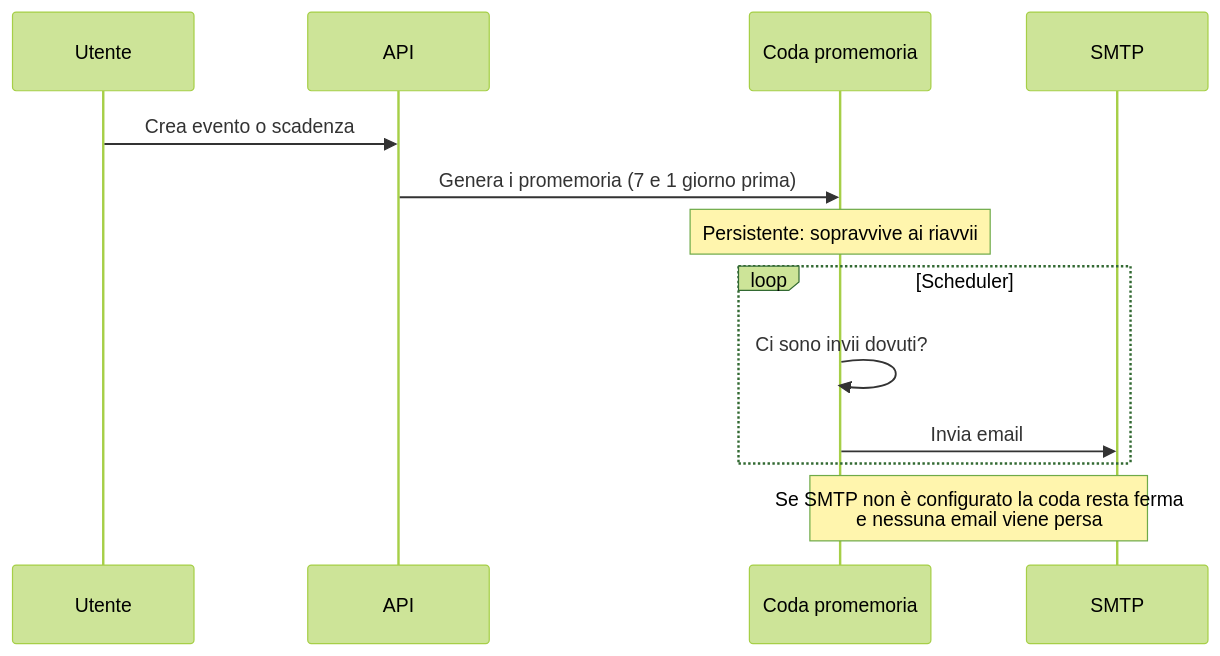
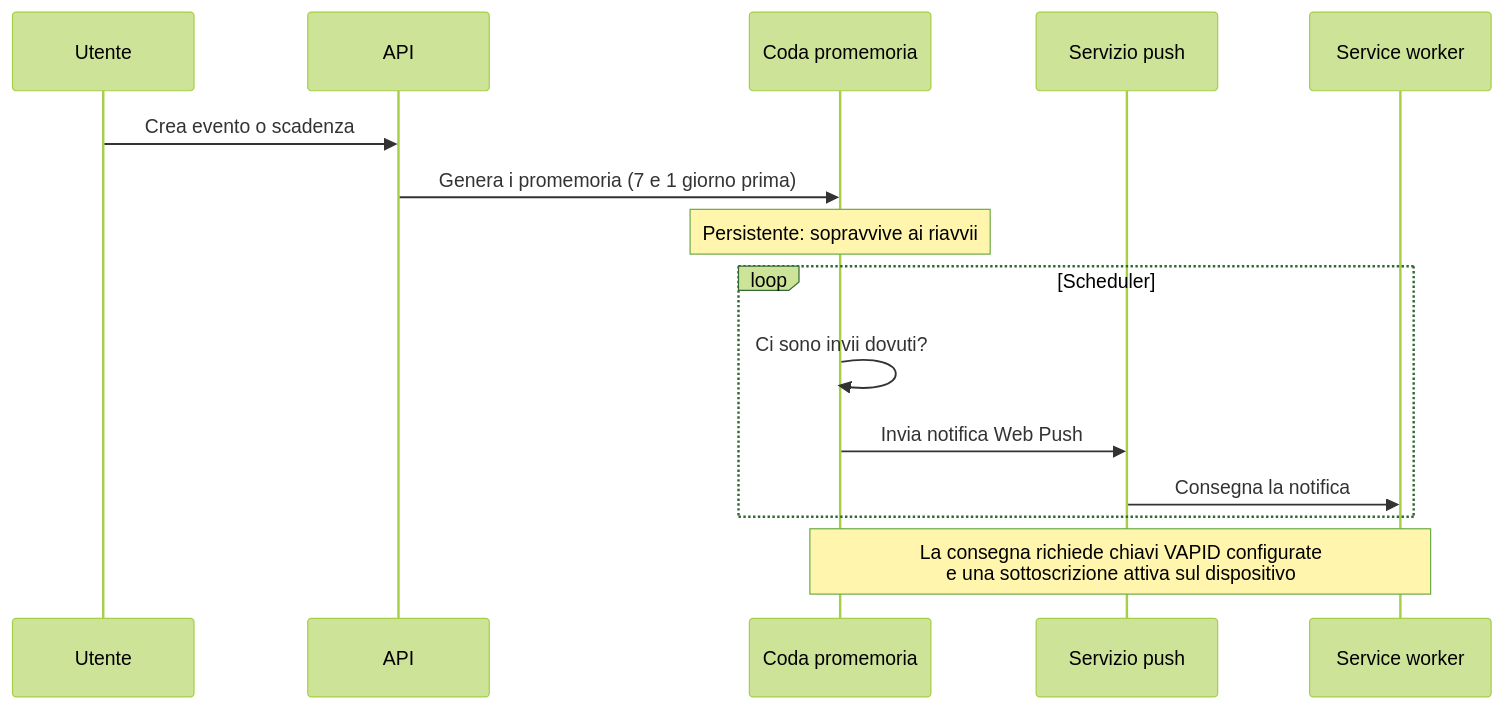
One commit to GabriPy/dashboard-casa changed the second of 2 diagrams in README.md. Above: the diagram before and after it, drawn with Mermaid (forest theme). The commit also changed other lines of this file and 23 other files, not shown here.

````diff
--- a/README.md
+++ b/README.md
@@ -123,16 +124,18 @@
 ```mermaid
 sequenceDiagram
     participant U as Utente
     participant A as API
     participant Q as Coda promemoria
-    participant S as SMTP
+    participant S as Servizio push
+    participant W as Service worker
 
     U->>A: Crea evento o scadenza
     A->>Q: Genera i promemoria (7 e 1 giorno prima)
     Note over Q: Persistente: sopravvive ai riavvii
     loop Scheduler
         Q->>Q: Ci sono invii dovuti?
-        Q->>S: Invia email
+        Q->>S: Invia notifica Web Push
+        S->>W: Consegna la notifica
     end
-    Note over Q,S: Se SMTP non è configurato la coda resta ferma<br/>e nessuna email viene persa
+    Note over Q,W: La consegna richiede chiavi VAPID configurate<br/>e una sottoscrizione attiva sul dispositivo
 ```
````
